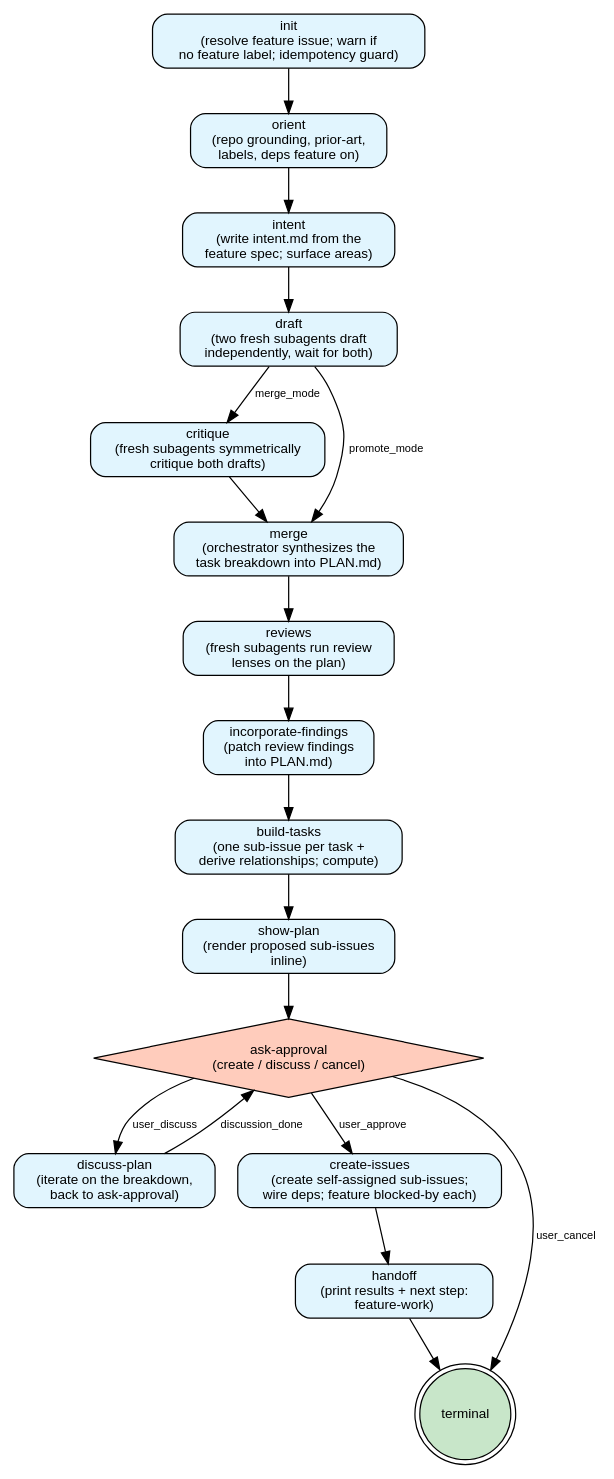
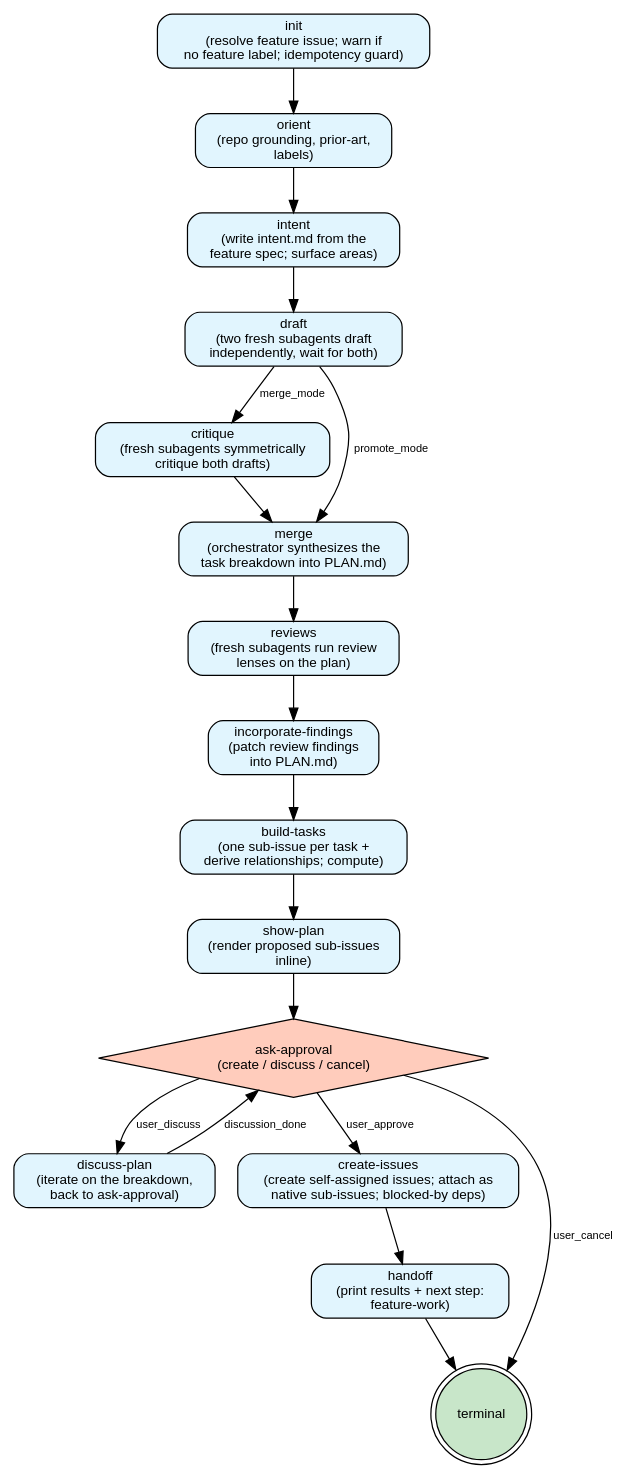
Before and after one commit to coreydaley/agent-config: the diagram in skills/feature-plan/graph.dot, drawn with Graphviz. The commit also changed 146 other files, not shown here.

First line of the commit message:
chore: retarget agent-config from Forgejo/Outline to GitHub

```diff
--- a/skills/feature-plan/graph.dot
+++ b/skills/feature-plan/graph.dot
@@ -1,92 +1,93 @@
 // Feature Plan state machine.
 //
 // Source of truth for the /feature-plan skill. Merges multi-agent
 // collaborative planning (formerly /sprint-plan) with milestone→issues
 // decomposition (formerly /sprint-plan-to-issues) into ONE skill.
 //
-// Input is a single Forgejo FEATURE ISSUE (its body is the spec). The
+// Input is a single GitHub FEATURE ISSUE (its body is the spec). The
 // orchestrator plans the feature with strict orchestrator/worker
 // separation — drafts, critiques, and reviews are delegated to FRESH
 // Claude subagents (Agent tool) so no context judges its own output.
 // All workers inherit the current session model; there is no model
 // tier and no phase-selection menu. After ONE
 // approval gate, the skill creates the task breakdown directly as
-// self-assigned Forgejo sub-issues, linking the parent feature to each
-// task via native issue dependencies (feature "blocked by" each task).
+// self-assigned GitHub issues (via the gh CLI), attaches each as a NATIVE
+// sub-issue of the feature, and encodes task-to-task ordering as native
+// blocked-by dependencies (both via gh api).
 // No milestone is created; the verbose plan is a local ephemeral
-// PLAN.md, the sub-issues ARE the durable plan.
+// PLAN.md, the native sub-issues + their dependencies ARE the durable plan.
 //
 // The walker (Claude, per SKILL.md) reads each node's prose from
 // nodes/<id>.md, performs the work, evaluates the outgoing edges'
 // conditions, and transitions via scripts/walk.sh.
 //
 // Render to SVG with scripts/render.sh. Validate with scripts/validate.py.
 
 digraph feature_plan {
     rankdir=TB;
     bgcolor="white";
     node  [fontname="Helvetica", fontsize=11];
     edge  [fontname="Helvetica", fontsize=9];
 
     // -- Process nodes (rounded boxes, light blue) ----------------------
     init                 [shape=box, style="rounded,filled", fillcolor="#e1f5fe",
                           label="init\n(resolve feature issue; warn if\nno feature label; idempotency guard)"];
     orient               [shape=box, style="rounded,filled", fillcolor="#e1f5fe",
-                          label="orient\n(repo grounding, prior-art,\nlabels, deps feature on)"];
+                          label="orient\n(repo grounding, prior-art,\nlabels)"];
     intent               [shape=box, style="rounded,filled", fillcolor="#e1f5fe",
                           label="intent\n(write intent.md from the\nfeature spec; surface areas)"];
     draft                [shape=box, style="rounded,filled", fillcolor="#e1f5fe",
                           label="draft\n(two fresh subagents draft\nindependently, wait for both)"];
     critique             [shape=box, style="rounded,filled", fillcolor="#e1f5fe",
                           label="critique\n(fresh subagents symmetrically\ncritique both drafts)"];
     merge                [shape=box, style="rounded,filled", fillcolor="#e1f5fe",
                           label="merge\n(orchestrator synthesizes the\ntask breakdown into PLAN.md)"];
     reviews              [shape=box, style="rounded,filled", fillcolor="#e1f5fe",
                           label="reviews\n(fresh subagents run review\nlenses on the plan)"];
     incorporate_findings [shape=box, style="rounded,filled", fillcolor="#e1f5fe",
                           label="incorporate-findings\n(patch review findings\ninto PLAN.md)"];
     build_tasks          [shape=box, style="rounded,filled", fillcolor="#e1f5fe",
                           label="build-tasks\n(one sub-issue per task +\nderive relationships; compute)"];
     show_plan            [shape=box, style="rounded,filled", fillcolor="#e1f5fe",
                           label="show-plan\n(render proposed sub-issues\ninline)"];
     discuss_plan         [shape=box, style="rounded,filled", fillcolor="#e1f5fe",
                           label="discuss-plan\n(iterate on the breakdown,\nback to ask-approval)"];
     create_issues        [shape=box, style="rounded,filled", fillcolor="#e1f5fe",
-                          label="create-issues\n(create self-assigned sub-issues;\nwire deps; feature blocked-by each)"];
+                          label="create-issues\n(create self-assigned issues; attach as\nnative sub-issues; blocked-by deps)"];
     handoff              [shape=box, style="rounded,filled", fillcolor="#e1f5fe",
                           label="handoff\n(print results + next step:\nfeature-work)"];
 
     // -- User-input node (decision diamond) ----------------------------
     ask_approval         [shape=diamond, style=filled, fillcolor="#ffccbc",
                           label="ask-approval\n(create / discuss / cancel)"];
 
     // -- Terminal node (green double-circle) ---------------------------
     terminal             [shape=doublecircle, style=filled, fillcolor="#c8e6c9",
                           label="terminal"];
 
     // -- Edges ---------------------------------------------------------
     // Single-outgoing edges (no condition needed).
     init                 -> orient;
     orient               -> intent;
     intent               -> draft;
     critique             -> merge;
     merge                -> reviews;
     reviews              -> incorporate_findings;
     incorporate_findings -> build_tasks;
     build_tasks          -> show_plan;
     show_plan            -> ask_approval;
     create_issues        -> handoff;
     handoff              -> terminal;
 
     // draft: both drafts ran (merge mode) or only one (promote mode).
     draft -> critique [label="merge_mode"];
     draft -> merge    [label="promote_mode"];
 
     // ask-approval: create the sub-issues, iterate, or bail.
     ask_approval -> create_issues [label="user_approve"];
     ask_approval -> discuss_plan  [label="user_discuss"];
     ask_approval -> terminal      [label="user_cancel"];
 
     // discuss-plan: iterate on the breakdown, then back to ask-approval.
     discuss_plan -> ask_approval [label="discussion_done"];
 }
```
